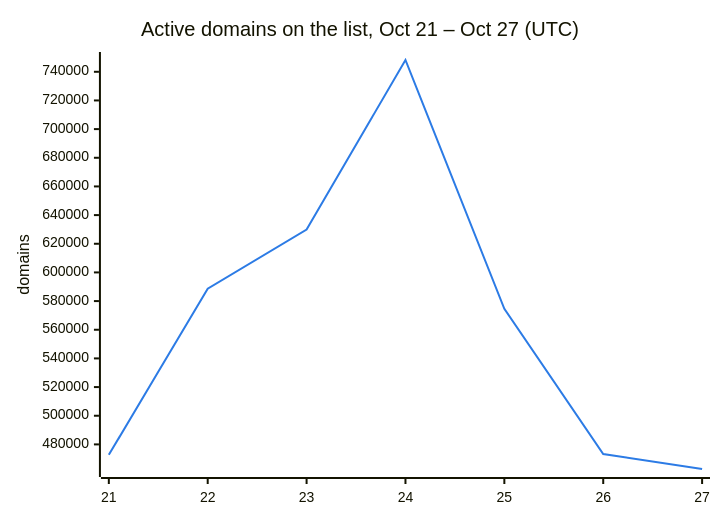
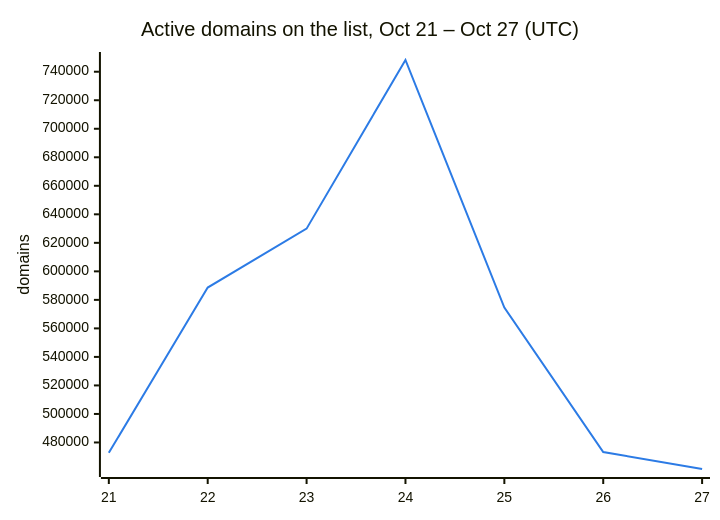
The second of 3 diagrams in README.md (DNSBunker/CTI), drawn with Mermaid before and after one commit. The commit also changed other lines of this file and 3 other files, not shown here.

````diff
--- a/README.md
+++ b/README.md
@@ -38,8 +38,8 @@
 ```mermaid
 %%{init: {"themeVariables": {"xyChart": {"plotColorPalette": "#2c7be5"}}}}%%
 xychart-beta
     title "Active domains on the list, Oct 21 – Oct 27 (UTC)"
     x-axis ["21", "22", "23", "24", "25", "26", "27"]
     y-axis "domains"
-    line [472713, 588659, 629951, 748222, 574614, 473331, 462833]
+    line [472713, 588659, 629951, 748222, 574614, 473331, 461393]
 ```
````
